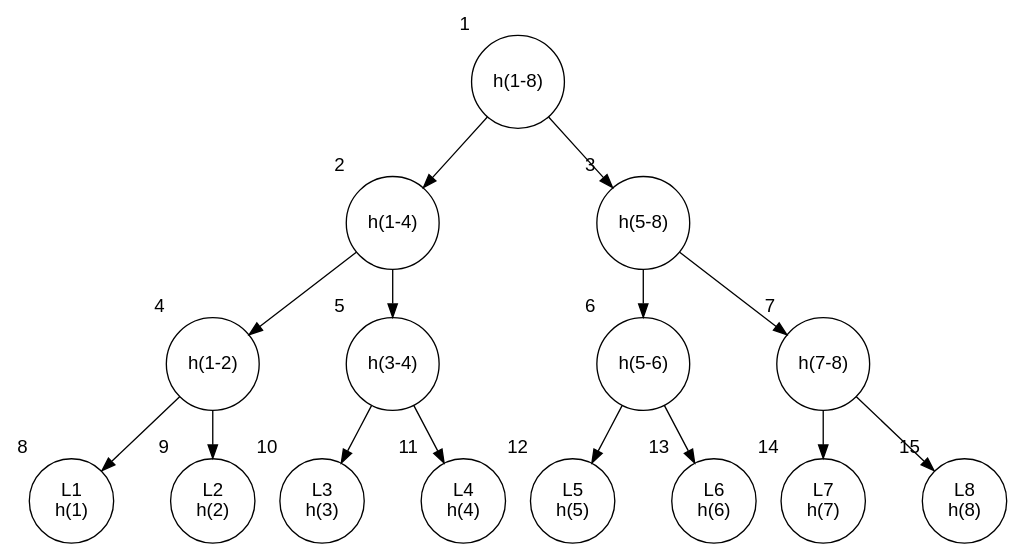
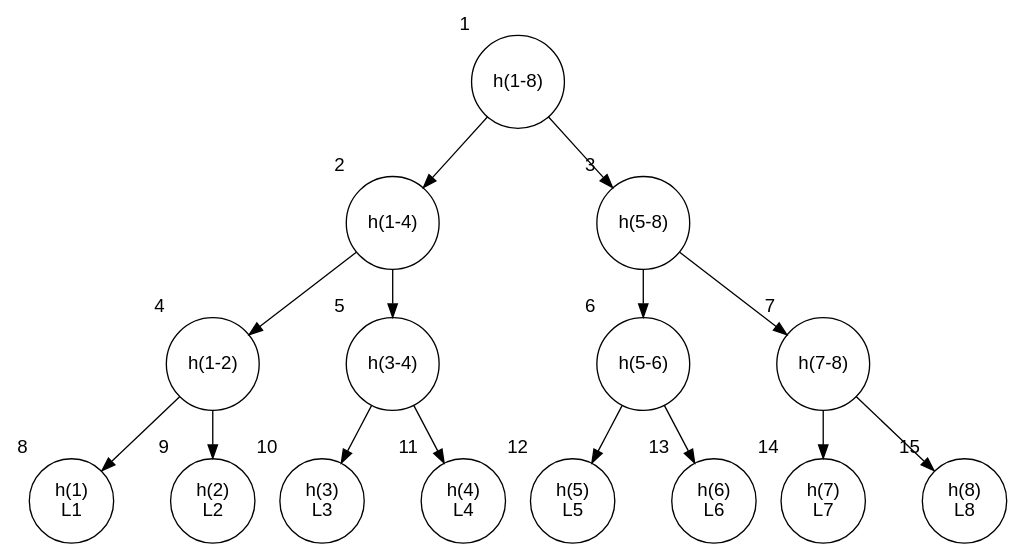
Before and after one commit to aaronbloomfield/ccc: the diagram in slides/images/bitcoin/merkle/perfect-tree.dot, drawn with Graphviz. The commit also changed 6 other files, not shown here.

```diff
--- a/slides/images/bitcoin/merkle/perfect-tree.dot
+++ b/slides/images/bitcoin/merkle/perfect-tree.dot
@@ -1,64 +1,64 @@
 digraph G {
 	graph [fontname = "Helvetica"];
 	node [fontname = "Helvetica",shape=circle,width=0.6];
 	edge [fontname = "Helvetica"];
 
 	A [label="h(1-8)",xlabel="1"];
 	B [label="h(1-4)",xlabel="2"];
 	C [label="h(5-8)",xlabel="3"];
 	D [label="h(1-2)",xlabel="4"];
 	E [label="h(3-4)",xlabel="5"];
 	F [label="h(5-6)",xlabel="6"];
 	G [label="h(7-8)",xlabel="7"];
-	H [label="L1\nh(1)",xlabel="8"];
-	I [label="L2\nh(2)",xlabel="9"];
-	J [label="L3\nh(3)",xlabel="10"];
-	K [label="L4\nh(4)",xlabel="11"];
-	L [label="L5\nh(5)",xlabel="12"];
-	M [label="L6\nh(6)",xlabel="13"];
-	N [label="L7\nh(7)",xlabel="14"];
-	O [label="L8\nh(8)",xlabel="15"];	
+	H [label="h(1)\nL1",xlabel="8"];
+	I [label="h(2)\nL2",xlabel="9"];
+	J [label="h(3)\nL3",xlabel="10"];
+	K [label="h(4)\nL4",xlabel="11"];
+	L [label="h(5)\nL5",xlabel="12"];
+	M [label="h(6)\nL6",xlabel="13"];
+	N [label="h(7)\nL7",xlabel="14"];
+	O [label="h(8)\nL8",xlabel="15"];	
 	
 	A -> B;
 	mA [label="", width=0.1, style=invis];
 	A -> mA [style=invis];
 	A -> C;
 	{rank=same B -> mA -> C [style=invis]};
 
 	B -> D;
 	mB [label="", width=0.1, style=invis];
 	B -> mB [style=invis];
 	B -> E;
 	{rank=same D -> mB -> E [style=invis]};
 
 	D -> H;
 	mD [label="", width=0.1, style=invis];
 	D -> mD [style=invis];
 	D -> I;
 	{rank=same H -> mD -> I [style=invis]};
 
 	E -> J;
 	mE [label="", width=0.1, style=invis];
 	E -> mE [style=invis];
 	E -> K;
 	{rank=same J -> mE -> K [style=invis]};
 
 	F -> L;
 	mF [label="", width=0.1, style=invis];
 	F -> mF [style=invis];
 	F -> M;
 	{rank=same L -> mF -> M [style=invis]};
 
 	C -> F;
 	mC [label="", width=0.1, style=invis];
 	C -> mC [style=invis];
 	C -> G;
 	{rank=same F -> mC -> G [style=invis]};
 
 	G -> N;
 	mG [label="", width=0.1, style=invis];
 	G -> mG [style=invis];
 	G -> O;
 	{rank=same N -> mG -> O [style=invis]};
 
 }
```
